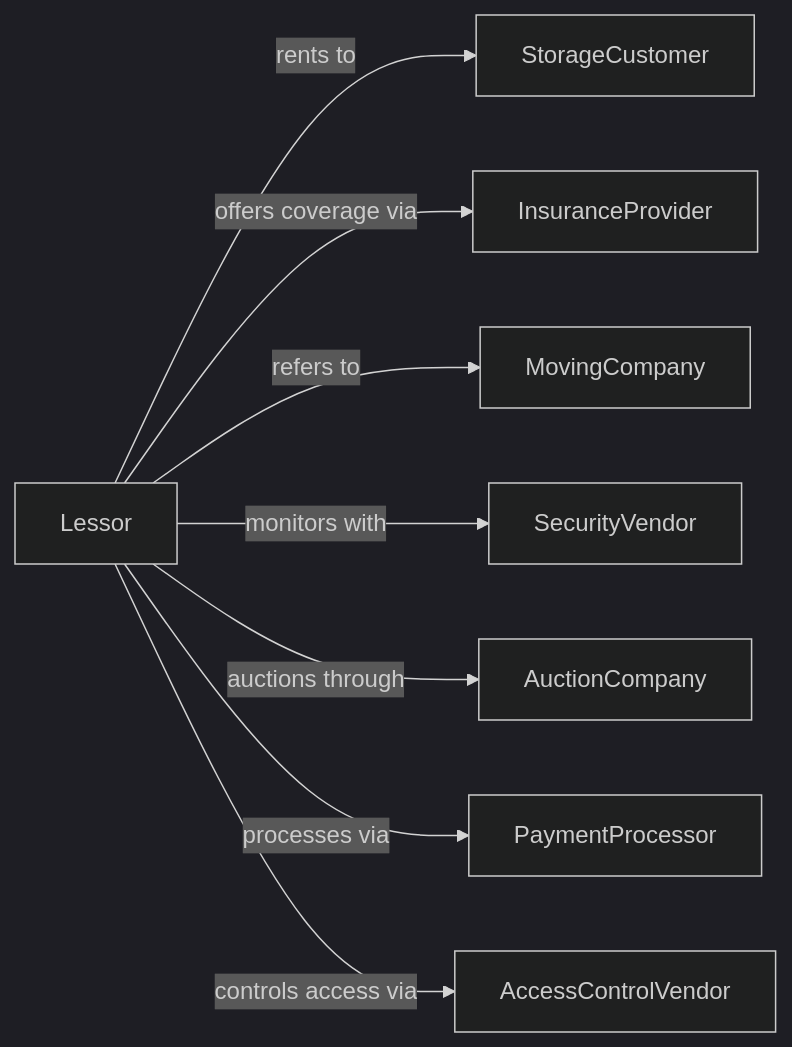
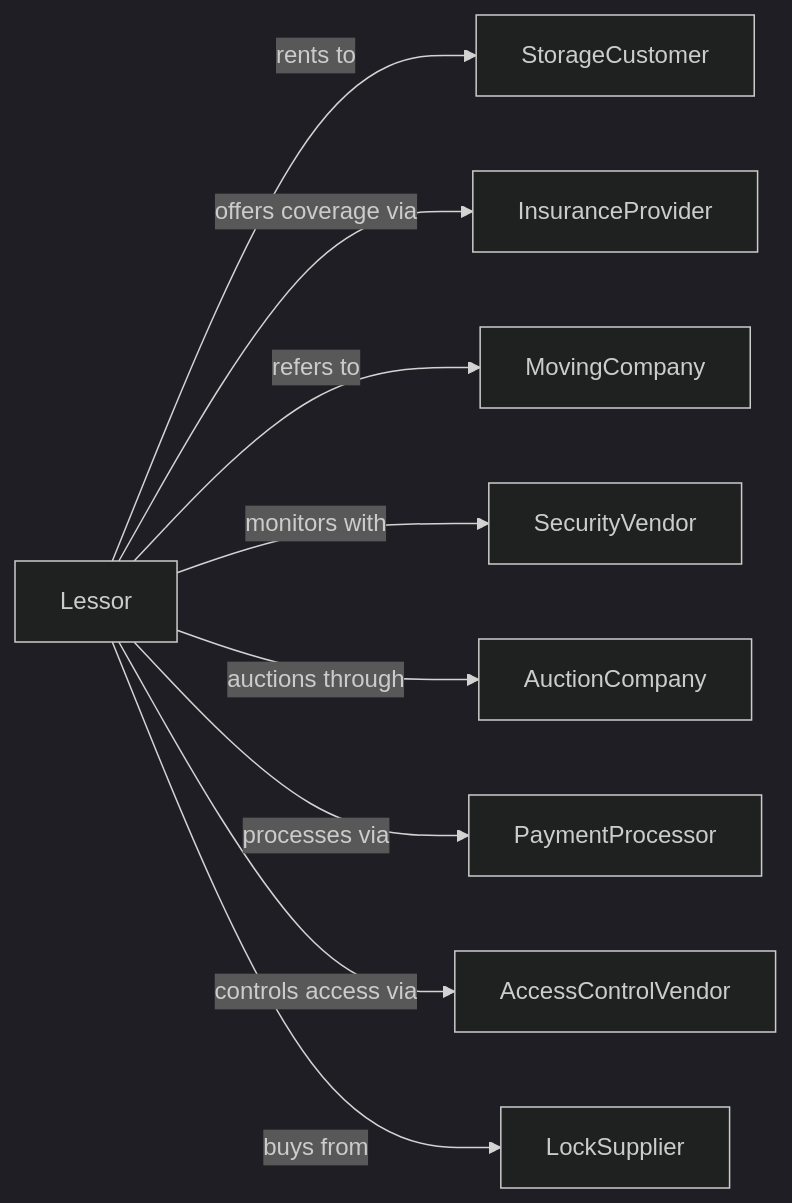
Before and after one commit to dot-org-ai/industries.org.ai: the second of 2 diagrams in RealEstate/RealEstate/LessorsOfRealEstate/LessorsOfMiniwarehousesAndSelfStorageUnits.mdx, drawn with Mermaid (dark theme). The commit also changed other lines of this file and 588 other files, not shown here.

````diff
--- a/RealEstate/RealEstate/LessorsOfRealEstate/LessorsOfMiniwarehousesAndSelfStorageUnits.mdx
+++ b/RealEstate/RealEstate/LessorsOfRealEstate/LessorsOfMiniwarehousesAndSelfStorageUnits.mdx
@@ -134,12 +134,13 @@
 ```mermaid
 graph LR
     L[Lessor]
 
     L -->|rents to| StorageCustomer
     L -->|offers coverage via| InsuranceProvider
     L -->|refers to| MovingCompany
     L -->|monitors with| SecurityVendor
     L -->|auctions through| AuctionCompany
     L -->|processes via| PaymentProcessor
     L -->|controls access via| AccessControlVendor
+    L -->|buys from| LockSupplier
 ```
````
